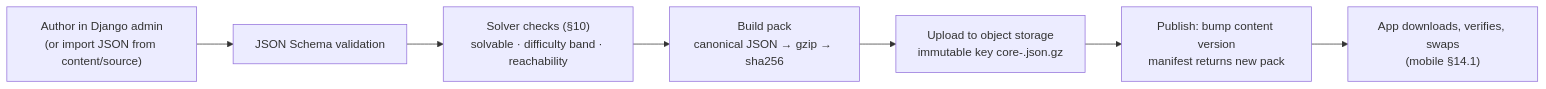
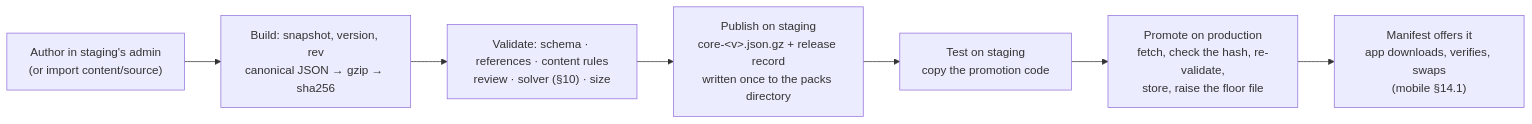
Before and after one commit to AhmedSaied94/wasal_ogra: the third of 4 diagrams in docs/architecture-backend.md, drawn with Mermaid. The commit also changed other lines of this file and 142 other files, not shown here.

First line of the commit message:
feat(content): add authoring, builds, publishing and promotion (B04 PR 2)

````diff
--- a/docs/architecture-backend.md
+++ b/docs/architecture-backend.md
@@ -529,9 +529,9 @@
 ```mermaid
 flowchart LR
-  A["Author in Django admin<br/>(or import JSON from content/source)"] --> B["JSON Schema validation"]
-  B --> C["Solver checks (§10)<br/>solvable · difficulty band · reachability"]
-  C --> D["Build pack<br/>canonical JSON → gzip → sha256"]
-  D --> E["Upload to object storage<br/>immutable key core-<v>.json.gz"]
-  E --> F["Publish: bump content version<br/>manifest returns new pack"]
-  F --> G["App downloads, verifies, swaps<br/>(mobile §14.1)"]
+  A["Author in staging's admin<br/>(or import content/source)"] --> B["Build: snapshot, version, rev<br/>canonical JSON → gzip → sha256"]
+  B --> C["Validate: schema · references · content rules<br/>review · solver (§10) · size"]
+  C --> D["Publish on staging<br/>core-&lt;v&gt;.json.gz + release record<br/>written once to the packs directory"]
+  D --> E["Test on staging<br/>copy the promotion code"]
+  E --> F["Promote on production<br/>fetch, check the hash, re-validate,<br/>store, raise the floor file"]
+  F --> G["Manifest offers it<br/>app downloads, verifies, swaps<br/>(mobile §14.1)"]
 ```
````
